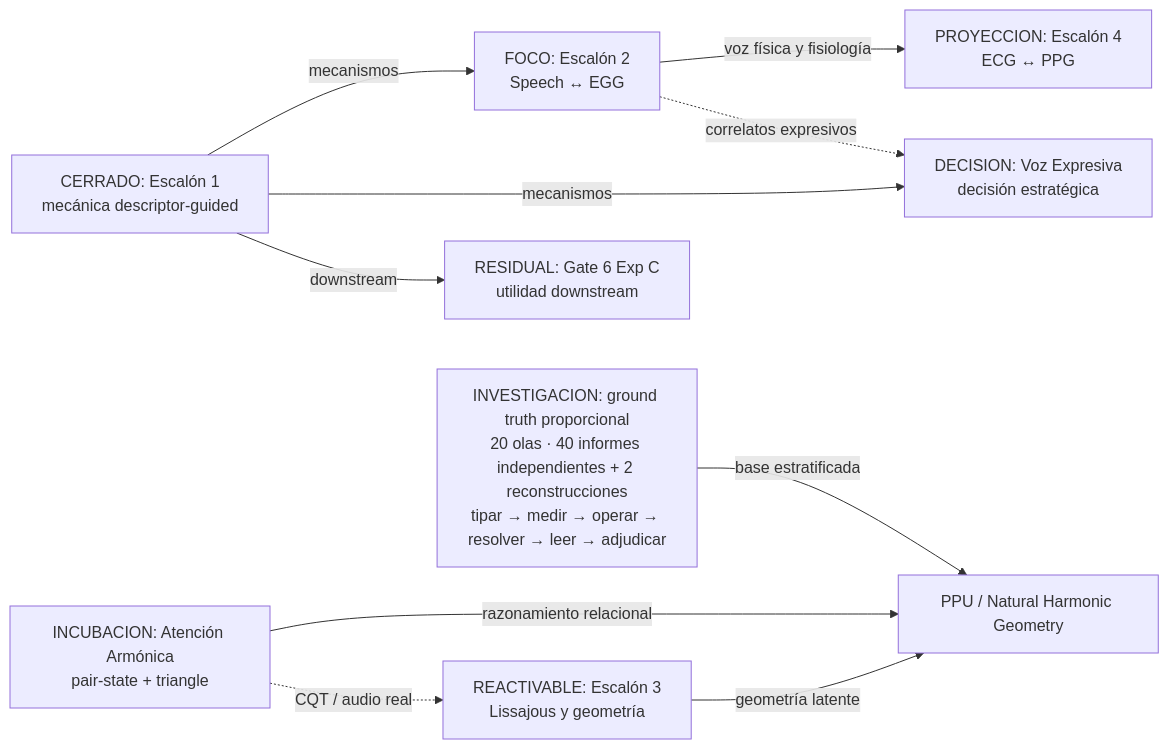
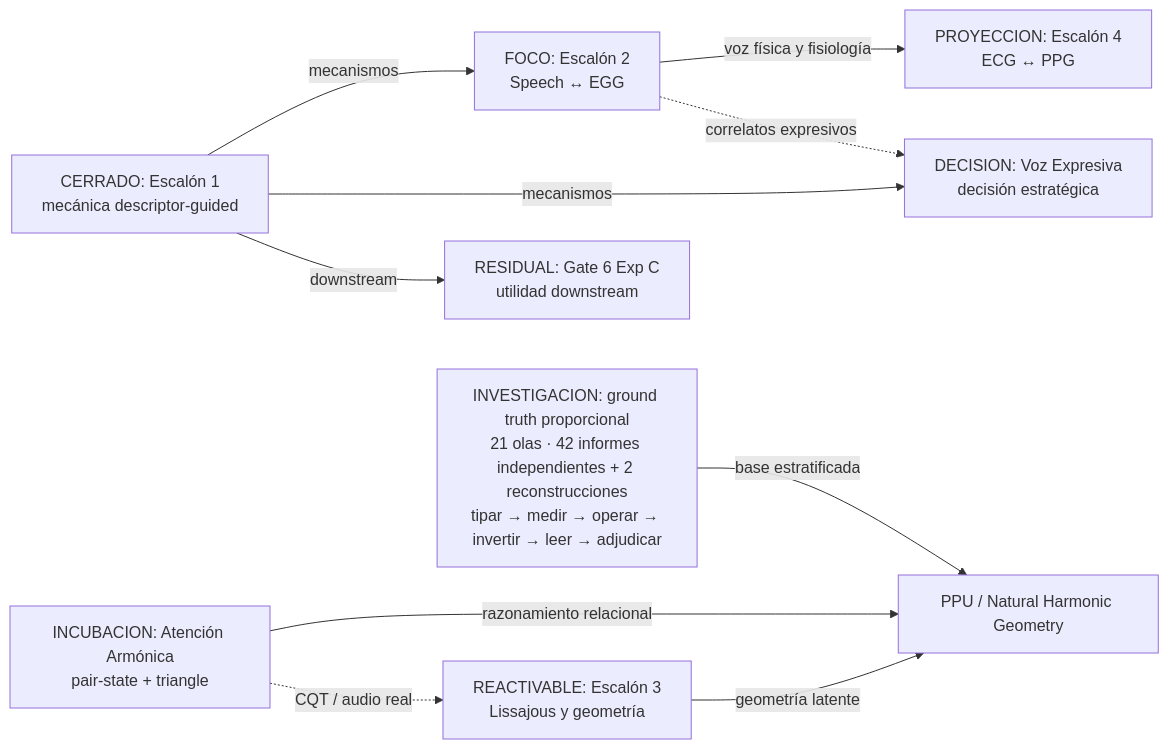
One commit to Mar-IA-no/Phideus changed the first of 2 diagrams in Documents/05_WIKI/MAPA_VISUAL_DEL_PROGRAMA.md. Above: the diagram before and after it, drawn with Mermaid. The commit also changed other lines of this file and 10 other files, not shown here.

Commit message:
docs: integrate proportional ground-truth Wave 21

````diff
--- a/Documents/05_WIKI/MAPA_VISUAL_DEL_PROGRAMA.md
+++ b/Documents/05_WIKI/MAPA_VISUAL_DEL_PROGRAMA.md
@@ -36,22 +36,22 @@
 ```mermaid
 flowchart LR
     E1["CERRADO: Escalón 1<br/>mecánica descriptor-guided"]
     G6["RESIDUAL: Gate 6 Exp C<br/>utilidad downstream"]
     E2["FOCO: Escalón 2<br/>Speech ↔ EGG"]
     VE["DECISION: Voz Expresiva<br/>decisión estratégica"]
     E3["REACTIVABLE: Escalón 3<br/>Lissajous y geometría"]
     AA["INCUBACION: Atención Armónica<br/>pair-state + triangle"]
     E4["PROYECCION: Escalón 4<br/>ECG ↔ PPG"]
     PPU["PPU / Natural Harmonic Geometry"]
-    GT["INVESTIGACION: ground truth proporcional<br/>20 olas · 40 informes independientes + 2 reconstrucciones<br/>tipar → medir → operar → resolver → leer → adjudicar"]
+    GT["INVESTIGACION: ground truth proporcional<br/>21 olas · 42 informes independientes + 2 reconstrucciones<br/>tipar → medir → operar → invertir → leer → adjudicar"]
 
     E1 -->|mecanismos| E2
     E1 -->|mecanismos| VE
     E1 -->|downstream| G6
     E2 -->|voz física y fisiología| E4
     E2 -.->|correlatos expresivos| VE
     E3 -->|geometría latente| PPU
     AA -->|razonamiento relacional| PPU
     GT -->|base estratificada| PPU
     AA -.->|CQT / audio real| E3
 ```
````
